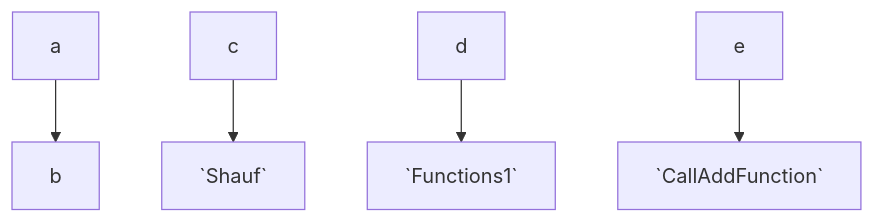
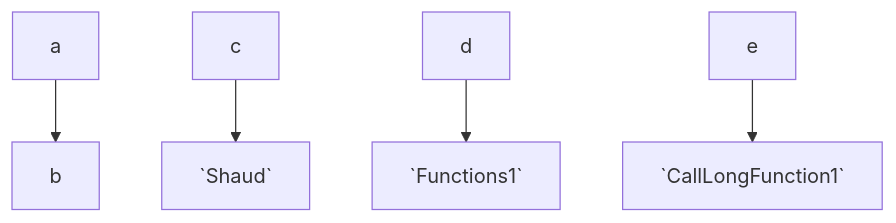
Before and after one commit to swimmio/csharp-shaul-test: the diagram in .swm/mermaid-117.ya2b9oss.sw.md, drawn with Mermaid. The commit also changed other lines of this file, not shown here.

Commit message:
docs(swimm): update doc: "Mermaid 1.17"

````diff
--- a/.swm/mermaid-117.ya2b9oss.sw.md
+++ b/.swm/mermaid-117.ya2b9oss.sw.md
@@ -9,7 +9,7 @@
 ```mermaid
 graph TD
 a --> b
-c --> `Shauf`
+c --> `Shaud`
 d --> `Functions1`
-e --> `CallAddFunction`
+e --> `CallLongFunction1`
 ```
````
